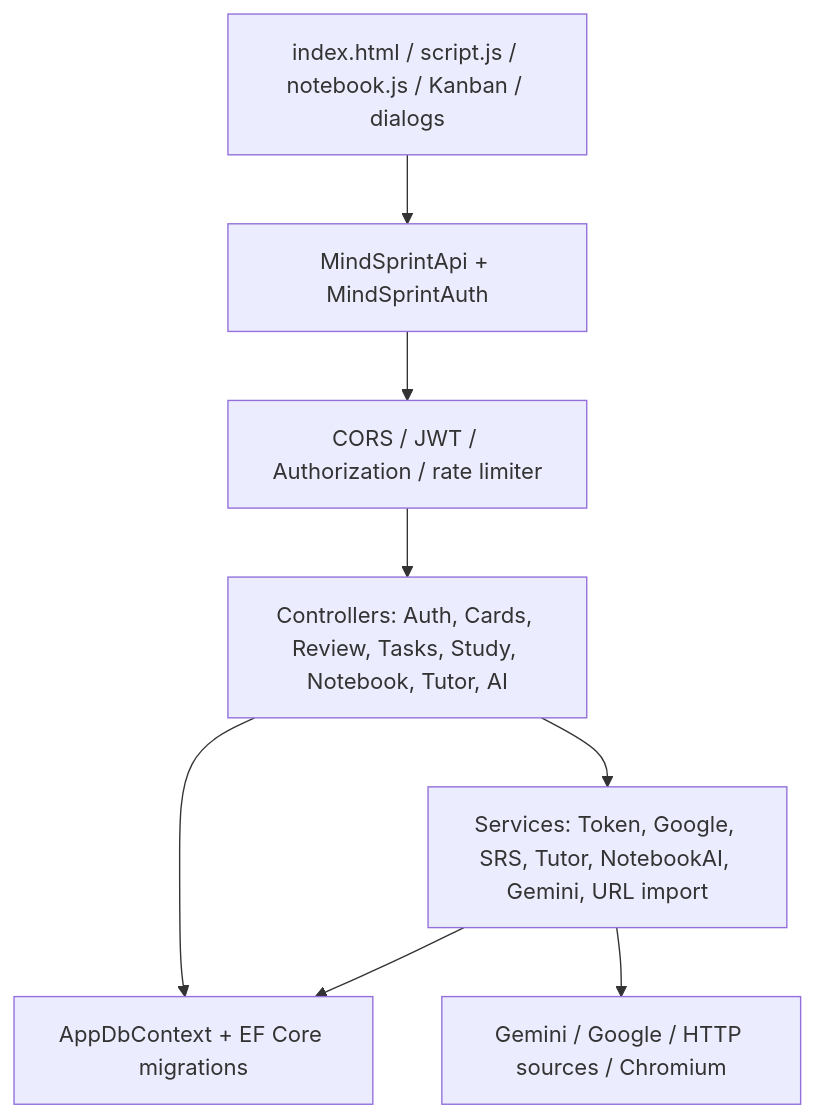
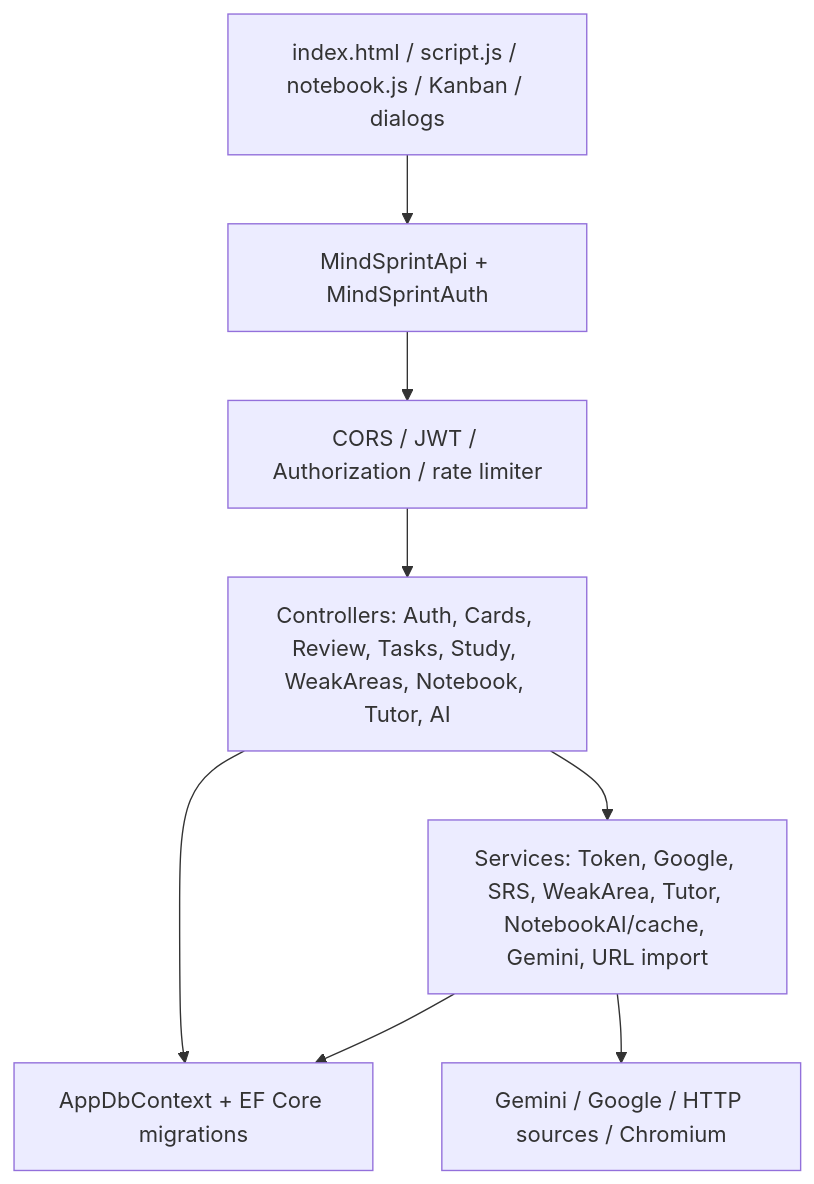
The second of 4 diagrams in docs/architecture/software-architecture.md (mchihihaha/MindSprint-AI-D-n), drawn with Mermaid before and after one commit. The commit also changed other lines of this file and 6 other files, not shown here.

Commit message:
docs(#40): update architecture documentation

````diff
--- a/docs/architecture/software-architecture.md
+++ b/docs/architecture/software-architecture.md
@@ -32,15 +32,15 @@
 ```mermaid
 flowchart TB
     UI["index.html / script.js / notebook.js / Kanban / dialogs"]
     C["MindSprintApi + MindSprintAuth"]
     MW["CORS / JWT / Authorization / rate limiter"]
-    CTRL["Controllers: Auth, Cards, Review, Tasks, Study, Notebook, Tutor, AI"]
-    SVC["Services: Token, Google, SRS, Tutor, NotebookAI, Gemini, URL import"]
+    CTRL["Controllers: Auth, Cards, Review, Tasks, Study, WeakAreas, Notebook, Tutor, AI"]
+    SVC["Services: Token, Google, SRS, WeakArea, Tutor, NotebookAI/cache, Gemini, URL import"]
     DB["AppDbContext + EF Core migrations"]
     EXT["Gemini / Google / HTTP sources / Chromium"]
     UI --> C --> MW --> CTRL
     CTRL --> SVC
     CTRL --> DB
     SVC --> DB
     SVC --> EXT
 ```
````
